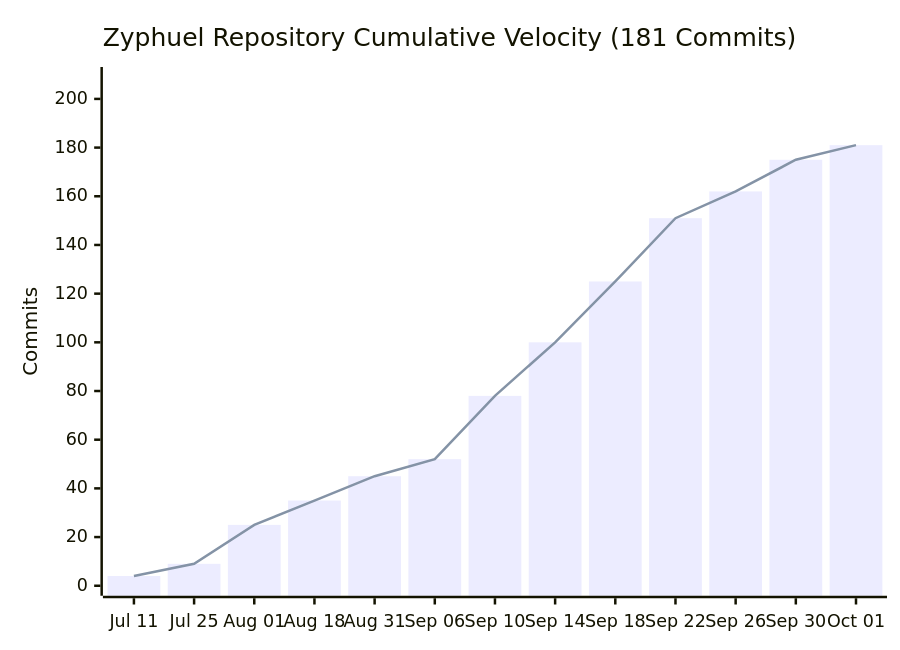
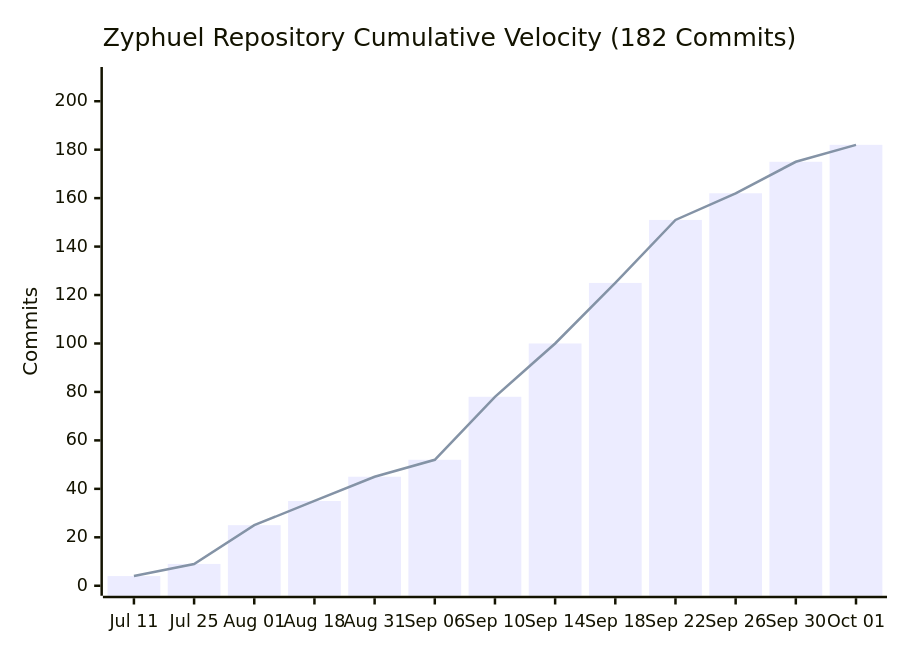
One commit to daniyal44/Zyphuel changed the diagram in README.md. Above: the diagram before and after it, drawn with Mermaid. The commit also changed other lines of this file and 50 other files, not shown here.

````diff
--- a/README.md
+++ b/README.md
@@ -155,8 +155,8 @@
 ```mermaid
 xychart-beta
-    title "Zyphuel Repository Cumulative Velocity (181 Commits)"
+    title "Zyphuel Repository Cumulative Velocity (182 Commits)"
     x-axis ["Jul 11", "Jul 25", "Aug 01", "Aug 18", "Aug 31", "Sep 06", "Sep 10", "Sep 14", "Sep 18", "Sep 22", "Sep 26", "Sep 30", "Oct 01"]
-    y-axis "Commits" 0 --> 209
-    bar [4, 9, 25, 35, 45, 52, 78, 100, 125, 151, 162, 175, 181]
-    line [4, 9, 25, 35, 45, 52, 78, 100, 125, 151, 162, 175, 181]
+    y-axis "Commits" 0 --> 210
+    bar [4, 9, 25, 35, 45, 52, 78, 100, 125, 151, 162, 175, 182]
+    line [4, 9, 25, 35, 45, 52, 78, 100, 125, 151, 162, 175, 182]
 ```
````
